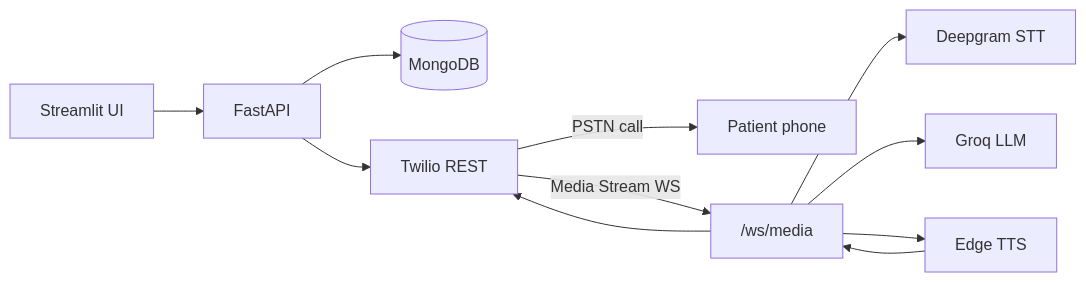
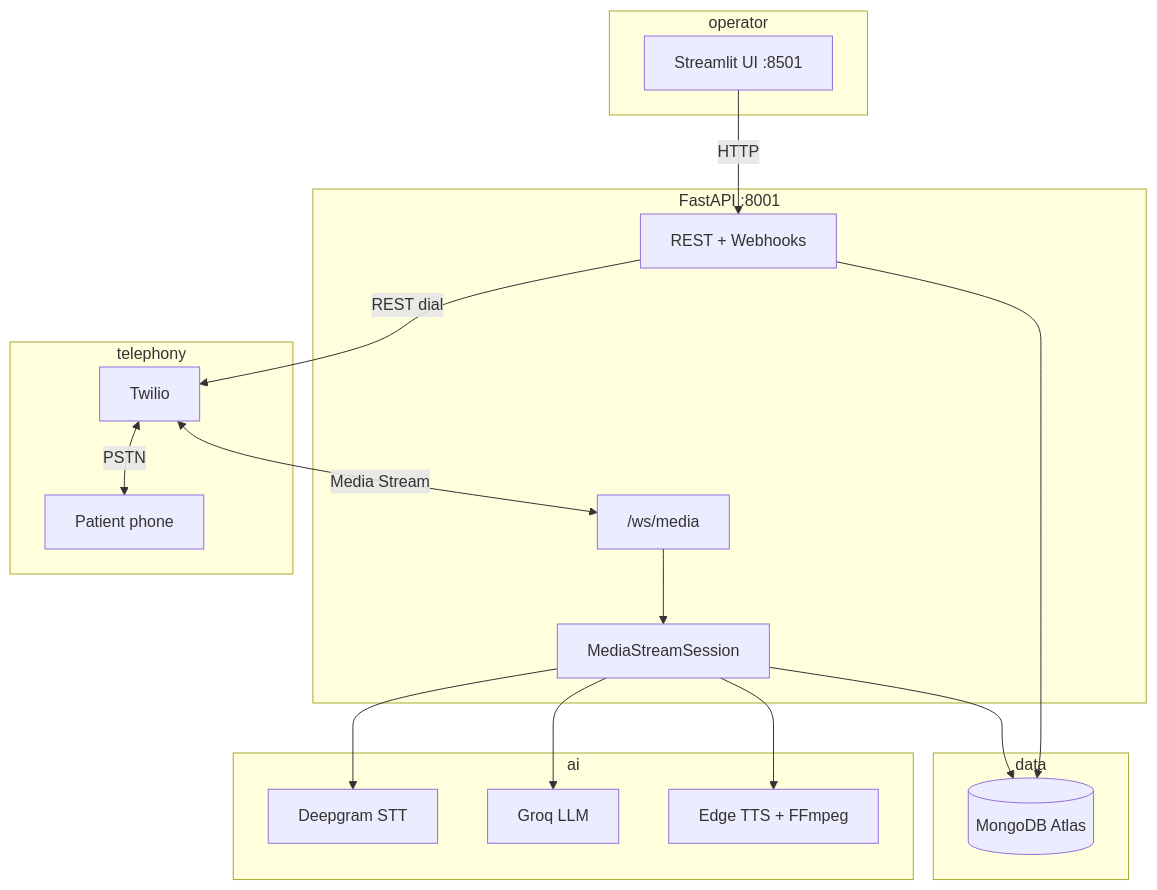
Before and after one commit to Abdullahsaghir333/VOICEBOT: the diagram in README.md, drawn with Mermaid. The commit also changed other lines of this file and 12 other files, not shown here.

````diff
--- a/README.md
+++ b/README.md
@@ -15,13 +27,38 @@
 ```mermaid
-flowchart LR
-    UI[Streamlit UI] --> API[FastAPI]
-    API --> MongoDB[(MongoDB)]
-    API --> Twilio[Twilio REST]
-    Twilio -->|PSTN call| Phone[Patient phone]
-    Twilio -->|Media Stream WS| WS["/ws/media"]
-    WS --> DG[Deepgram STT]
-    WS --> Groq[Groq LLM]
-    WS --> TTS[Edge TTS]
-    TTS --> WS
-    WS --> Twilio
+flowchart TB
+    subgraph operator
+        UI[Streamlit UI :8501]
+    end
+
+    subgraph backend["FastAPI :8001"]
+        API[REST + Webhooks]
+        WS["/ws/media"]
+        MS[MediaStreamSession]
+    end
+
+    subgraph data
+        DB[(MongoDB Atlas)]
+    end
+
+    subgraph telephony
+        TW[Twilio]
+        PH[Patient phone]
+    end
+
+    subgraph ai
+        DG[Deepgram STT]
+        GQ[Groq LLM]
+        TTS[Edge TTS + FFmpeg]
+    end
+
+    UI -->|HTTP| API
+    API --> DB
+    API -->|REST dial| TW
+    TW <-->|PSTN| PH
+    TW <-->|Media Stream| WS
+    WS --> MS
+    MS --> DG
+    MS --> GQ
+    MS --> TTS
+    MS --> DB
 ```
````
